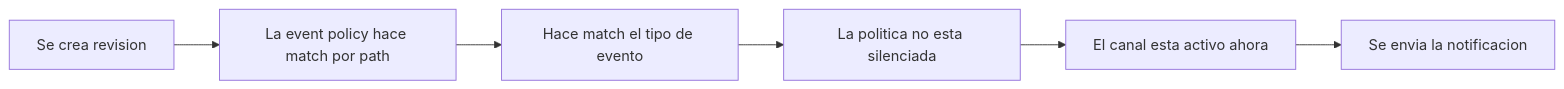
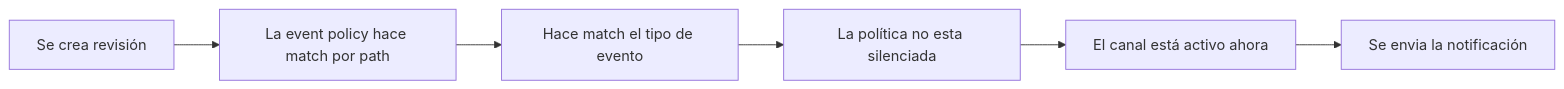
Before and after one commit to Moonin-Lab/Moonin-Docs: the third of 4 diagrams in src/content/docs/es/policies/index.md, drawn with Mermaid. The commit also changed other lines of this file and 84 other files, not shown here.

````diff
--- a/src/content/docs/es/policies/index.md
+++ b/src/content/docs/es/policies/index.md
@@ -108,11 +108,11 @@
 ```mermaid
 flowchart LR
-    A[Se crea revision]
+    A[Se crea revisión]
     B[La event policy hace match por path]
     C[Hace match el tipo de evento]
-    D[La politica no esta silenciada]
-    E[El canal esta activo ahora]
-    F[Se envia la notificacion]
+    D[La política no esta silenciada]
+    E[El canal está activo ahora]
+    F[Se envia la notificación]
 
     A --> B --> C --> D --> E --> F
 ```
````
